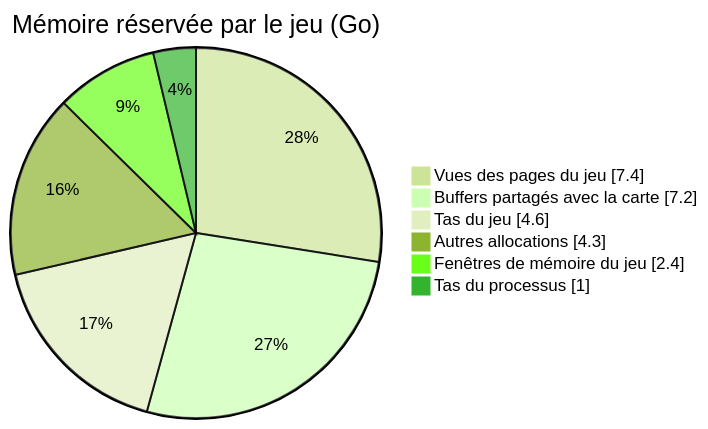
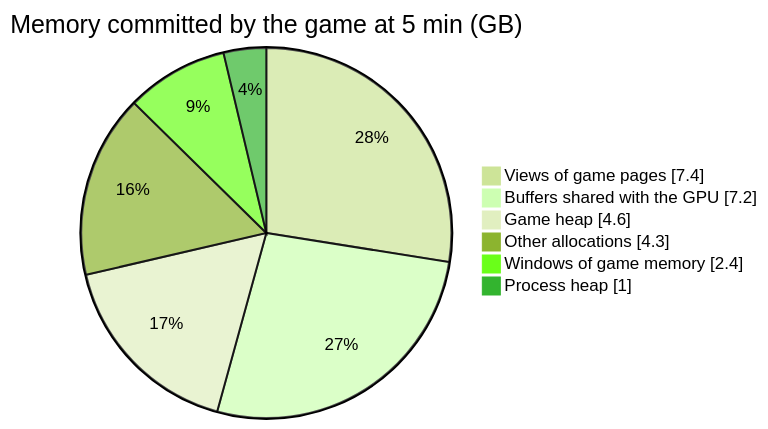
The sixth of 7 diagrams in README.md (Cyanexani/cold-project-vi), drawn with Mermaid (forest theme) before and after one commit. The commit also changed other lines of this file and 2 other files, not shown here.

````diff
--- a/README.md
+++ b/README.md
@@ -444,10 +276,10 @@
 ```mermaid
 pie showData
-    title Mémoire réservée par le jeu (Go)
-    "Vues des pages du jeu" : 7.4
-    "Buffers partagés avec la carte" : 7.2
-    "Tas du jeu" : 4.6
-    "Autres allocations" : 4.3
-    "Fenêtres de mémoire du jeu" : 2.4
-    "Tas du processus" : 1.0
+    title Memory committed by the game at 5 min (GB)
+    "Views of game pages" : 7.4
+    "Buffers shared with the GPU" : 7.2
+    "Game heap" : 4.6
+    "Other allocations" : 4.3
+    "Windows of game memory" : 2.4
+    "Process heap" : 1.0
 ```
````
